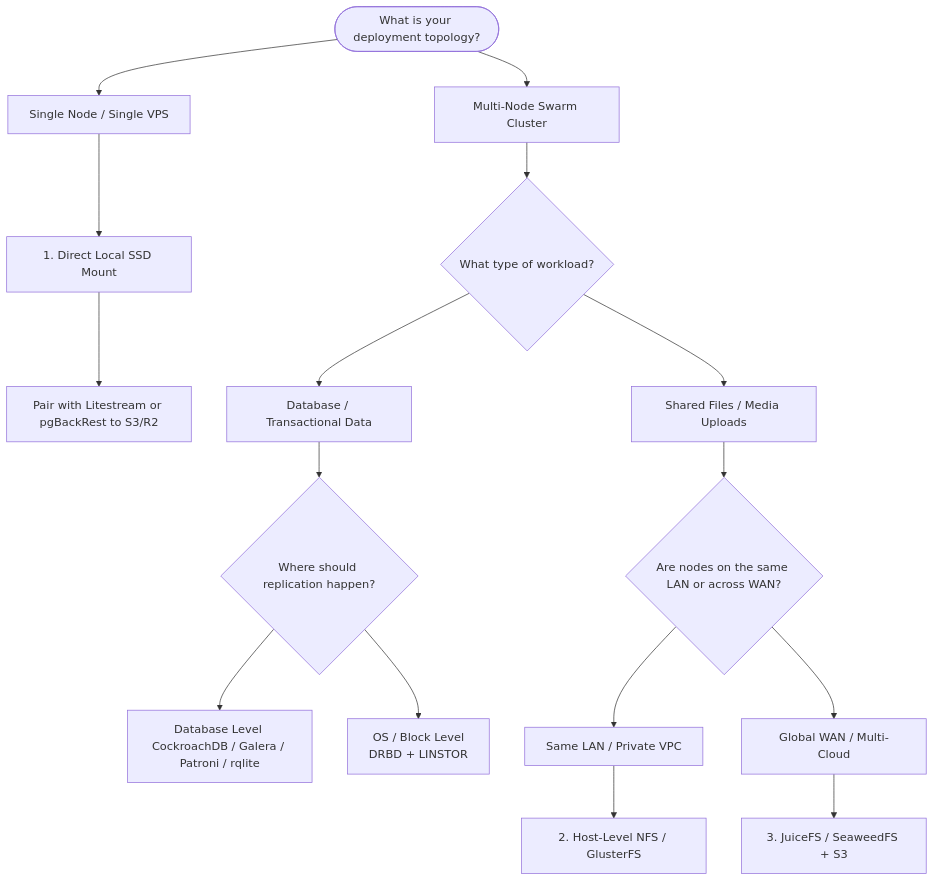
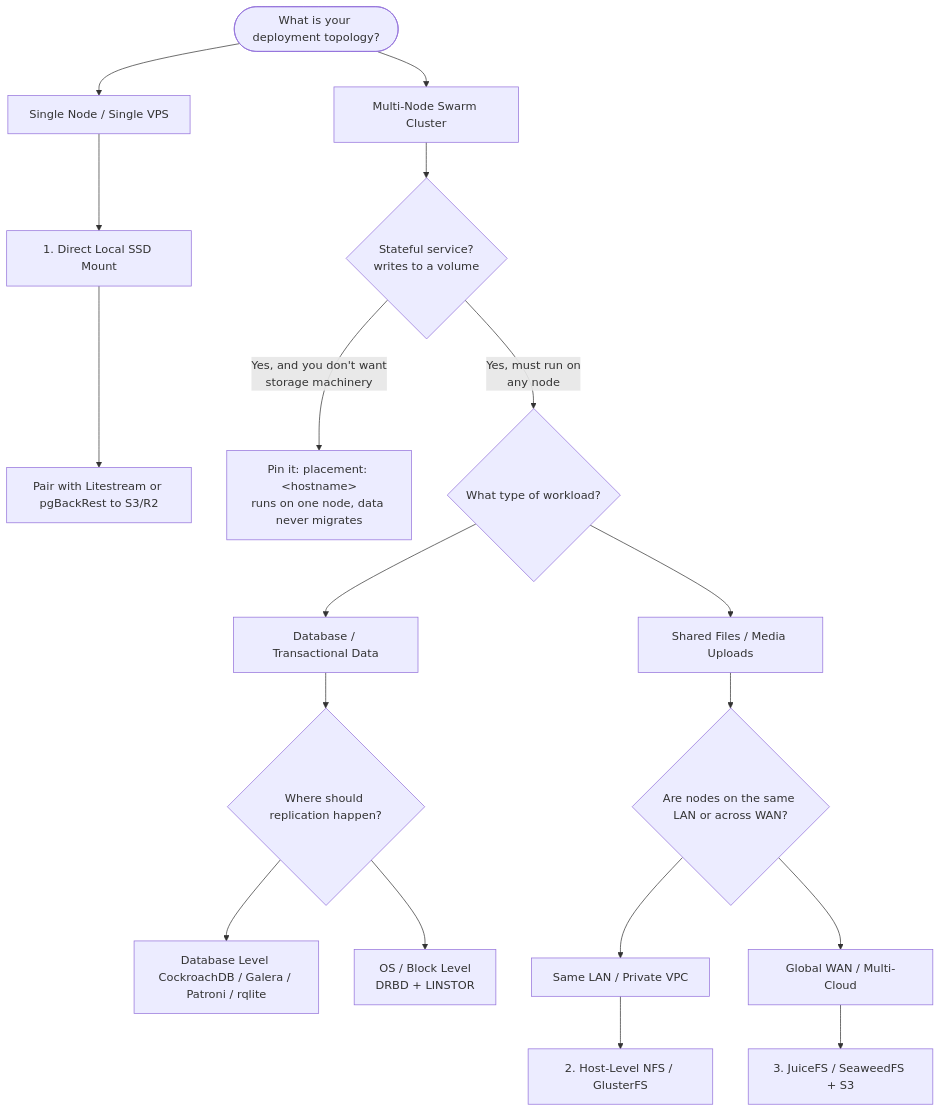
The first of 2 diagrams in docs/storage-and-databases.md (hazemarian/poor-man-cluster), drawn with Mermaid before and after one commit. The commit also changed other lines of this file and 3 other files, not shown here.

First line of the commit message:
docs: stateful services pin to ONE specific node (placement: <hostname>) — the zero-effort storage rule

````diff
--- a/docs/storage-and-databases.md
+++ b/docs/storage-and-databases.md
@@ -17,28 +43,30 @@
 ```mermaid
 flowchart TD
     Start([What is your deployment topology?]) --> SingleNode[Single Node / Single VPS]
     Start --> MultiNode[Multi-Node Swarm Cluster]
 
     %% Single Node Branch
     SingleNode --> LocalMount[1. Direct Local SSD Mount]
     LocalMount --> BackupLitestream[Pair with Litestream or pgBackRest to S3/R2]
 
     %% Multi Node Branch
-    MultiNode --> WorkloadType{What type of workload?}
+    MultiNode --> Stateful{Stateful service?<br/>writes to a volume}
+    Stateful -->|Yes, and you don't want<br/>storage machinery| Pin[Pin it: placement: &lt;hostname&gt;<br/>runs on one node, data never migrates]
+    Stateful -->|Yes, must run on<br/>any node| WorkloadType{What type of workload?}
 
     WorkloadType --> DBWorkload[Database / Transactional Data]
     WorkloadType --> SharedFiles[Shared Files / Media Uploads]
 
     %% DB Workload Branch
     DBWorkload --> DBEngineChoice{Where should replication happen?}
     DBEngineChoice --> DBLevel[Database Level <br/>CockroachDB / Galera / Patroni / rqlite]
     DBEngineChoice --> OSLevel[OS / Block Level <br/>DRBD + LINSTOR]
 
     %% Shared Files Branch
     SharedFiles --> NetworkType{Are nodes on the same LAN or across WAN?}
     NetworkType --> LAN[Same LAN / Private VPC]
     NetworkType --> WAN[Global WAN / Multi-Cloud]
 
     LAN --> HostNFS[2. Host-Level NFS / GlusterFS]
     WAN --> JuiceFS[3. JuiceFS / SeaweedFS + S3]
 ```
````
